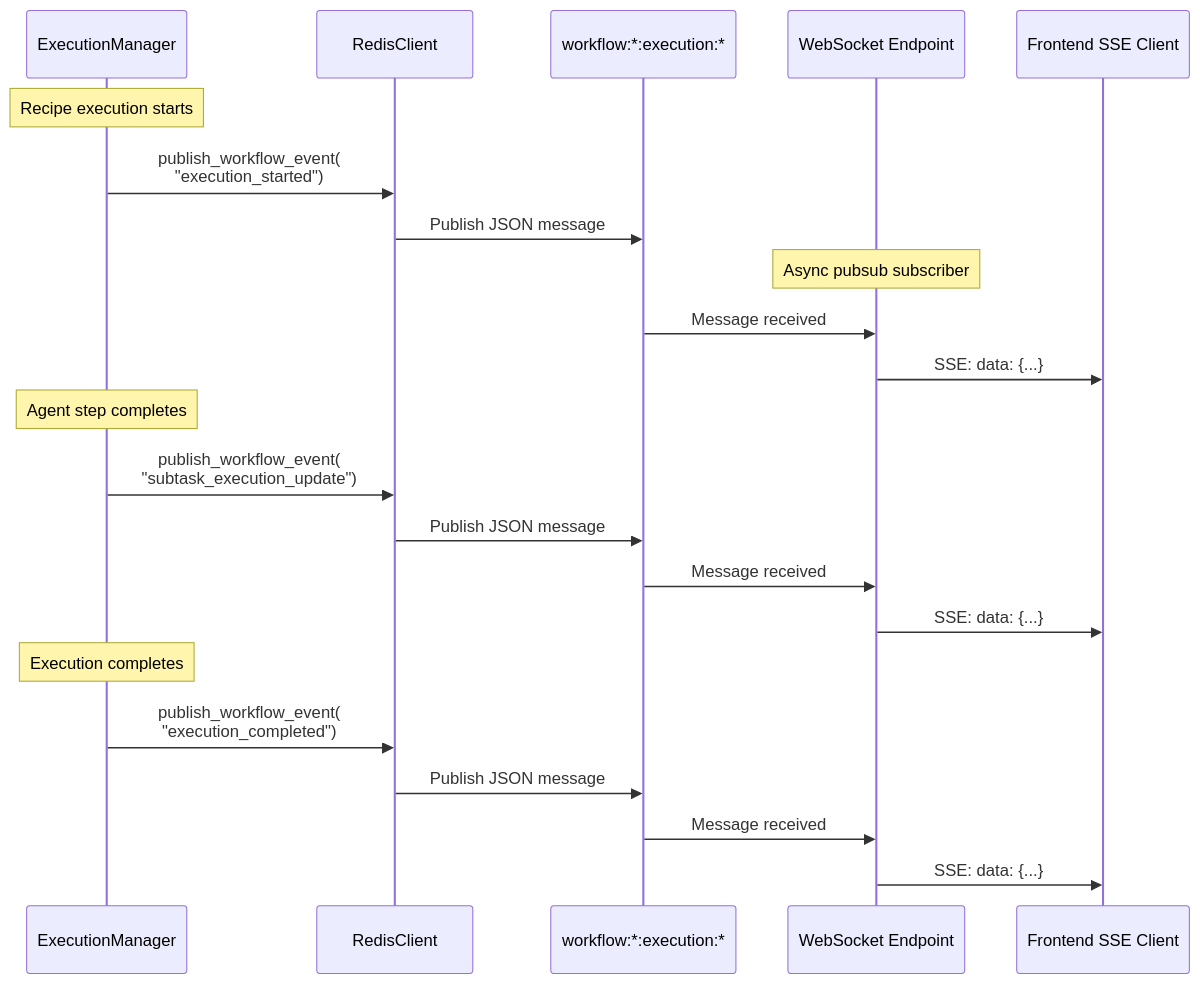
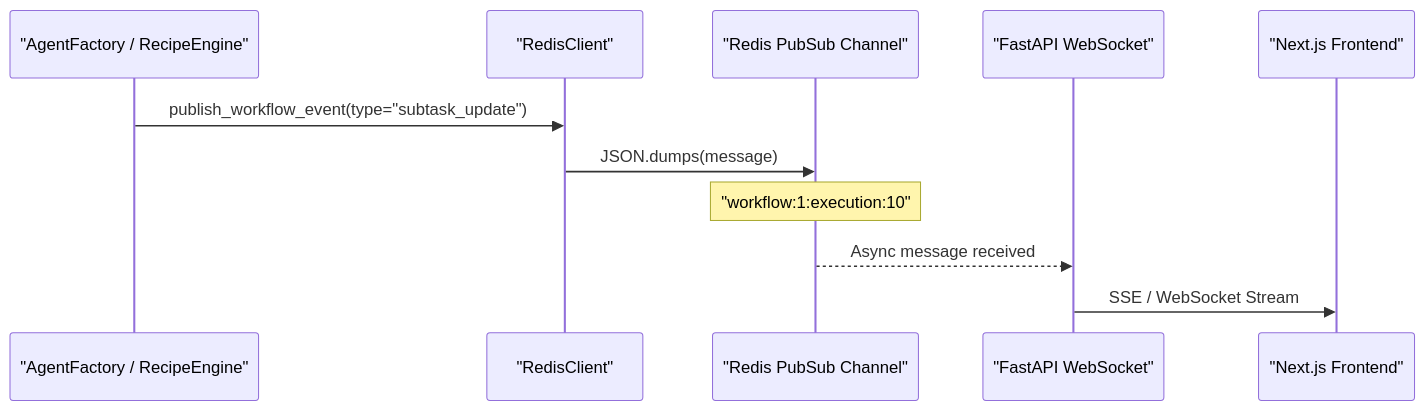
The second of 2 diagrams in docs/deployment-infrastructure/redis-configuration.md (AutomatosAI/automatos-ai), drawn with Mermaid before and after one commit. The commit also changed other lines of this file and 149 other files, not shown here.

Commit message:
docs: refresh documentation with graphify semantic scan

````diff
--- a/docs/deployment-infrastructure/redis-configuration.md
+++ b/docs/deployment-infrastructure/redis-configuration.md
@@ -246,28 +159,14 @@
 ```mermaid
 sequenceDiagram
-    participant Exec as ExecutionManager
-    participant Redis as RedisClient
-    participant Channel as workflow:*:execution:*
-    participant WS as WebSocket Endpoint
-    participant Client as Frontend SSE Client
-    
-    Note over Exec: Recipe execution starts
-    Exec->>Redis: publish_workflow_event(<br/>"execution_started")
-    Redis->>Channel: Publish JSON message
-    
-    Note over WS: Async pubsub subscriber
-    Channel->>WS: Message received
-    WS->>Client: SSE: data: {...}
-    
-    Note over Exec: Agent step completes
-    Exec->>Redis: publish_workflow_event(<br/>"subtask_execution_update")
-    Redis->>Channel: Publish JSON message
-    Channel->>WS: Message received
-    WS->>Client: SSE: data: {...}
-    
-    Note over Exec: Execution completes
-    Exec->>Redis: publish_workflow_event(<br/>"execution_completed")
-    Redis->>Channel: Publish JSON message
-    Channel->>WS: Message received
-    WS->>Client: SSE: data: {...}
+    participant EF as "AgentFactory / RecipeEngine"
+    participant RC as "RedisClient"
+    participant RPub as "Redis PubSub Channel"
+    participant WS as "FastAPI WebSocket"
+    participant FE as "Next.js Frontend"
+
+    EF->>RC: publish_workflow_event(type="subtask_update")
+    RC->>RPub: JSON.dumps(message)
+    Note over RPub: "workflow:1:execution:10"
+    RPub-->>WS: Async message received
+    WS->>FE: SSE / WebSocket Stream
 ```
````
